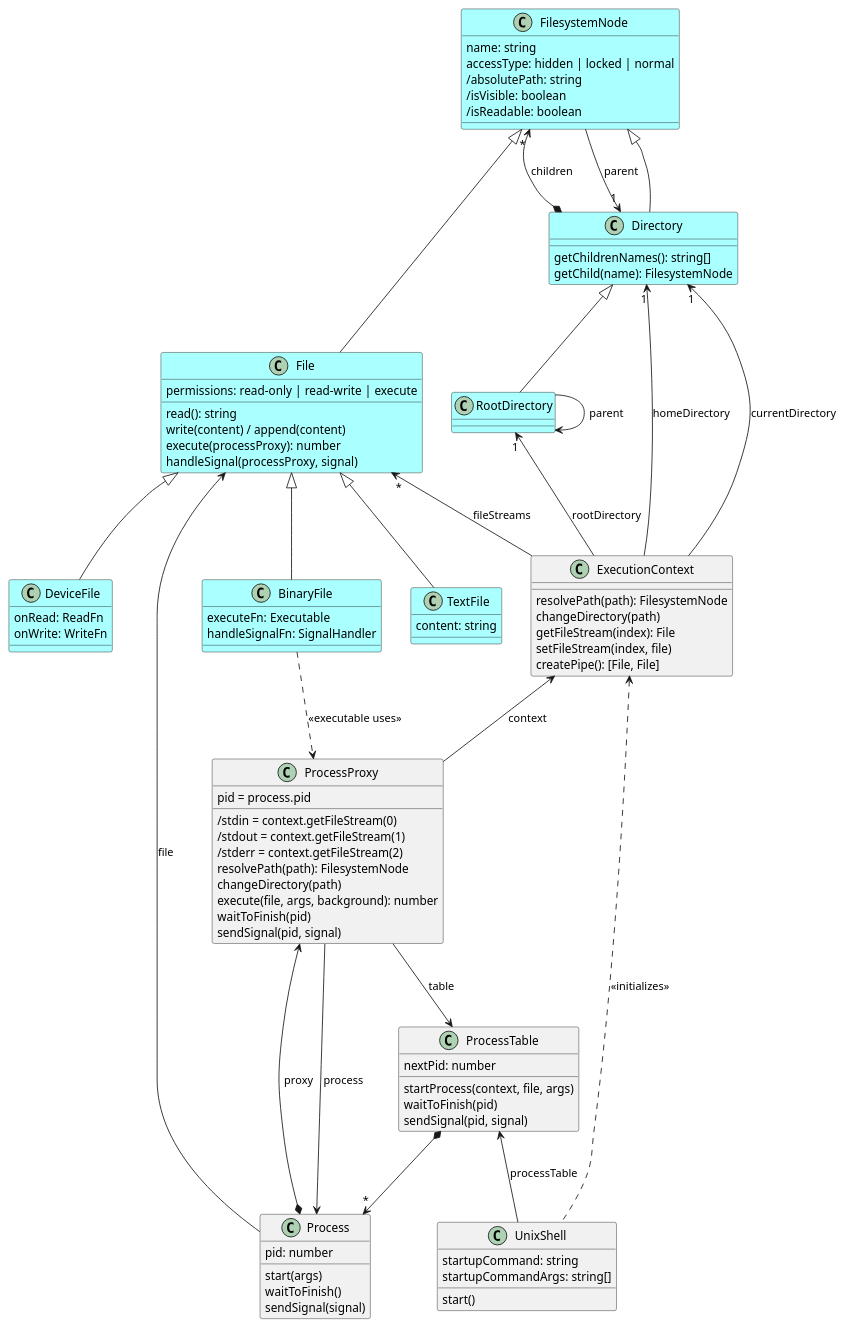
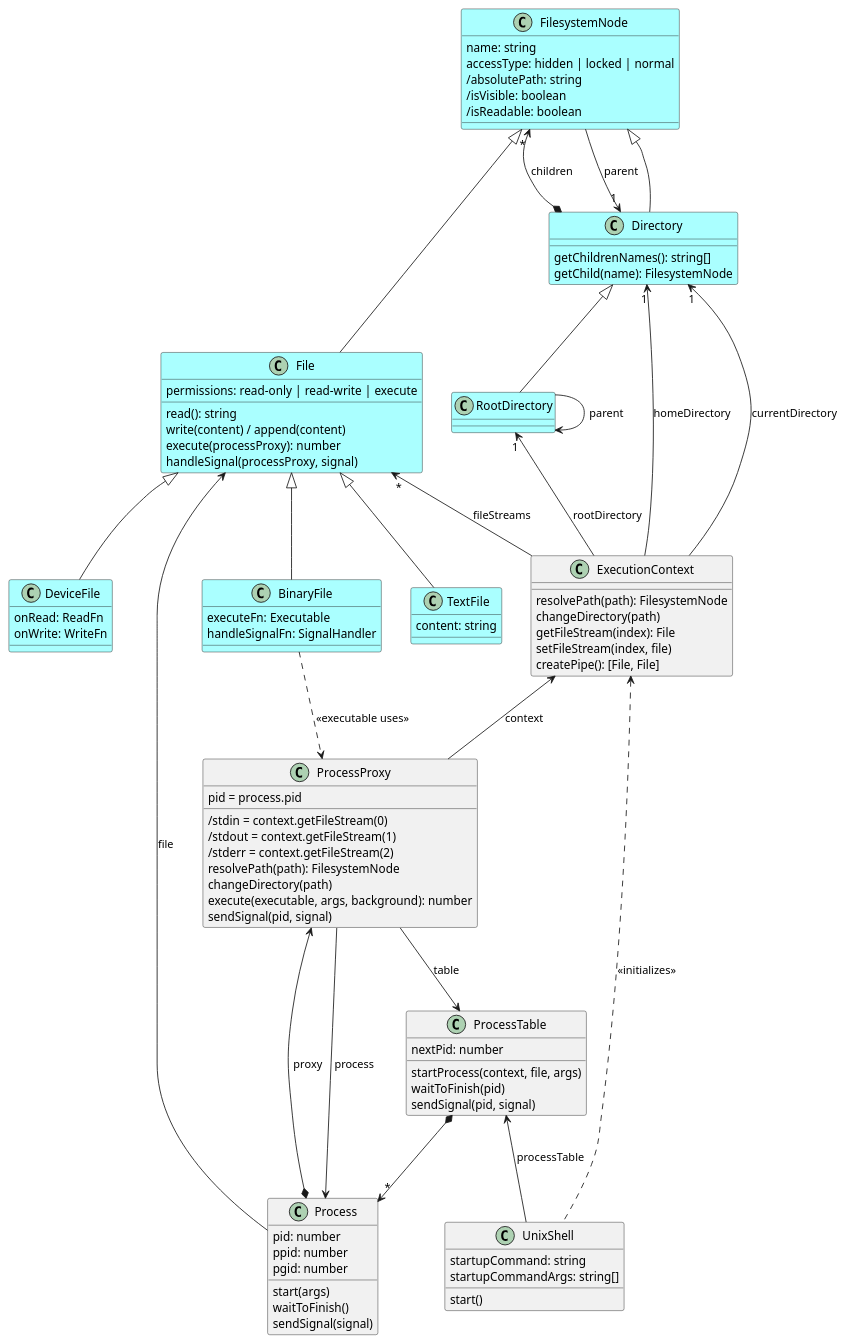
Before and after one commit to p-rivero/unix-js: the diagram in core/doc/class-diagram.plantuml, drawn with PlantUML. The commit also changed 8 other files, not shown here.

```diff
--- a/core/doc/class-diagram.plantuml
+++ b/core/doc/class-diagram.plantuml
@@ -1,111 +1,112 @@
 @startuml Simplified class diagram
 
 skinparam Ranksep 80
 
 class FilesystemNode #aaffff {
     name: string
     accessType: hidden | locked | normal
     /absolutePath: string
     /isVisible: boolean
     /isReadable: boolean
 }
 
 class Directory #aaffff {
     getChildrenNames(): string[]
     getChild(name): FilesystemNode
 }
 FilesystemNode <|-- Directory
 
 class RootDirectory #aaffff {
 }
 Directory <|-- RootDirectory 
 RootDirectory --> RootDirectory : parent
 
 Directory *-u-> "*" FilesystemNode : children
 FilesystemNode --> "1" Directory : parent
 
 class File #aaffff {
     permissions: read-only | read-write | execute
     read(): string
     write(content) / append(content)
     execute(processProxy): number
     handleSignal(processProxy, signal)
 }
 FilesystemNode <|-- File
 
 class TextFile #aaffff {
     content: string
 }
 File <|-- TextFile
 
 class BinaryFile #aaffff {
     executeFn: Executable
     handleSignalFn: SignalHandler
 }
 File <|-- BinaryFile
 
 class DeviceFile #aaffff {
     onRead: ReadFn
     onWrite: WriteFn
 }
 File <|-- DeviceFile
 
 
 class ExecutionContext {
     resolvePath(path): FilesystemNode
     changeDirectory(path)
     getFileStream(index): File
     setFileStream(index, file)
     createPipe(): [File, File]
 }
 
 ExecutionContext -u-> "*" File: fileStreams
 ExecutionContext -u-> "1" RootDirectory: rootDirectory
 ExecutionContext -u-> "1" Directory: homeDirectory
 ExecutionContext -u-> "1" Directory: currentDirectory
 
 class Process {
     pid: number
+    ppid: number
+    pgid: number
     start(args)
     waitToFinish()
     sendSignal(signal)
     
 }
 Process -u-> File : file
 BinaryFile ..> ProcessProxy : "<<executable uses>>"
 class ProcessTable {
     nextPid: number
     startProcess(context, file, args)
     waitToFinish(pid)
     sendSignal(pid, signal)
 }
 ProcessTable *--> "*" Process
 
 ' Process --> "1" ProcessTable: table
 
 class ProcessProxy {
     pid = process.pid
     /stdin = context.getFileStream(0)
     /stdout = context.getFileStream(1)
     /stderr = context.getFileStream(2)
     resolvePath(path): FilesystemNode
     changeDirectory(path)
-    execute(file, args, background): number
-    waitToFinish(pid)
+    execute(executable, args, background): number
     sendSignal(pid, signal)
 }
 ProcessProxy -u-> ExecutionContext : context
 ProcessProxy --> Process : process
 ProcessProxy --> ProcessTable : table
 Process *-u-> ProcessProxy : proxy
 
 
 class UnixShell {
     startupCommand: string
     startupCommandArgs: string[]
     start()
 }
 UnixShell -u-> ProcessTable : processTable
 UnixShell .u.> ExecutionContext : <<initializes>>
 
 @enduml
```
